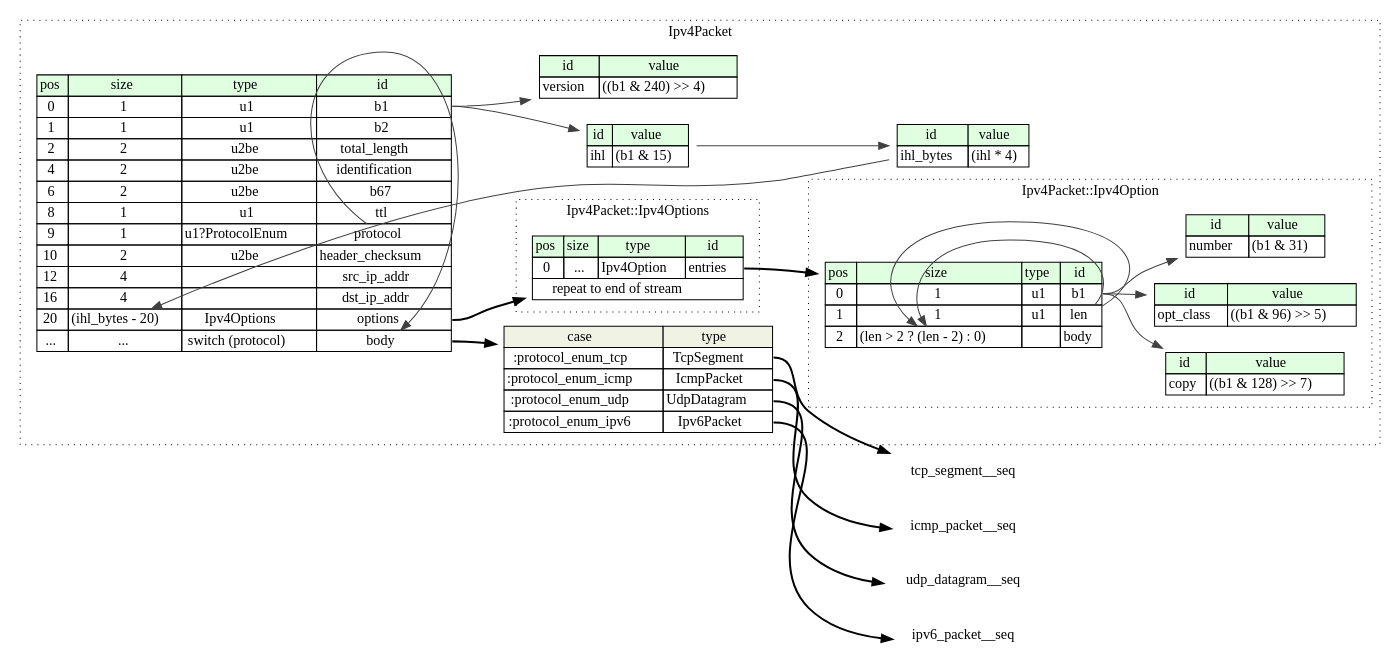
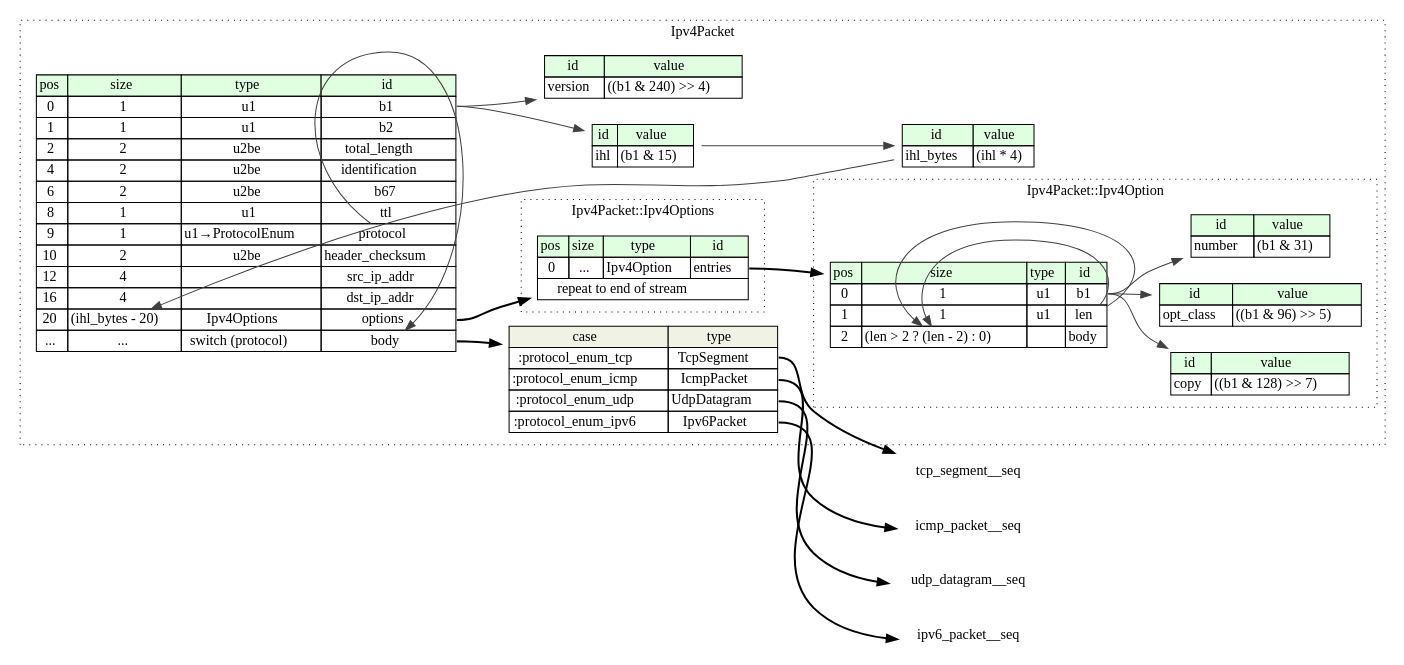
The diagram in ipv4_packet/src/graphviz/ipv4_packet.dot (kaitai-io/formats-kaitai-io.github.io), drawn with Graphviz before and after one commit. The commit also changed 262 other files, not shown here.

```diff
--- a/ipv4_packet/src/graphviz/ipv4_packet.dot
+++ b/ipv4_packet/src/graphviz/ipv4_packet.dot
@@ -1,93 +1,93 @@
 digraph {
 	rankdir=LR;
 	node [shape=plaintext];
 	subgraph cluster__ipv4_packet {
 		label="Ipv4Packet";
 		graph[style=dotted];
 
 		ipv4_packet__seq [label=<<TABLE BORDER="0" CELLBORDER="1" CELLSPACING="0">
 			<TR><TD BGCOLOR="#E0FFE0">pos</TD><TD BGCOLOR="#E0FFE0">size</TD><TD BGCOLOR="#E0FFE0">type</TD><TD BGCOLOR="#E0FFE0">id</TD></TR>
 			<TR><TD PORT="b1_pos">0</TD><TD PORT="b1_size">1</TD><TD>u1</TD><TD PORT="b1_type">b1</TD></TR>
 			<TR><TD PORT="b2_pos">1</TD><TD PORT="b2_size">1</TD><TD>u1</TD><TD PORT="b2_type">b2</TD></TR>
 			<TR><TD PORT="total_length_pos">2</TD><TD PORT="total_length_size">2</TD><TD>u2be</TD><TD PORT="total_length_type">total_length</TD></TR>
 			<TR><TD PORT="identification_pos">4</TD><TD PORT="identification_size">2</TD><TD>u2be</TD><TD PORT="identification_type">identification</TD></TR>
 			<TR><TD PORT="b67_pos">6</TD><TD PORT="b67_size">2</TD><TD>u2be</TD><TD PORT="b67_type">b67</TD></TR>
 			<TR><TD PORT="ttl_pos">8</TD><TD PORT="ttl_size">1</TD><TD>u1</TD><TD PORT="ttl_type">ttl</TD></TR>
-			<TR><TD PORT="protocol_pos">9</TD><TD PORT="protocol_size">1</TD><TD>u1?ProtocolEnum</TD><TD PORT="protocol_type">protocol</TD></TR>
+			<TR><TD PORT="protocol_pos">9</TD><TD PORT="protocol_size">1</TD><TD>u1→ProtocolEnum</TD><TD PORT="protocol_type">protocol</TD></TR>
 			<TR><TD PORT="header_checksum_pos">10</TD><TD PORT="header_checksum_size">2</TD><TD>u2be</TD><TD PORT="header_checksum_type">header_checksum</TD></TR>
 			<TR><TD PORT="src_ip_addr_pos">12</TD><TD PORT="src_ip_addr_size">4</TD><TD></TD><TD PORT="src_ip_addr_type">src_ip_addr</TD></TR>
 			<TR><TD PORT="dst_ip_addr_pos">16</TD><TD PORT="dst_ip_addr_size">4</TD><TD></TD><TD PORT="dst_ip_addr_type">dst_ip_addr</TD></TR>
 			<TR><TD PORT="options_pos">20</TD><TD PORT="options_size">(ihl_bytes - 20)</TD><TD>Ipv4Options</TD><TD PORT="options_type">options</TD></TR>
 			<TR><TD PORT="body_pos">...</TD><TD PORT="body_size">...</TD><TD>switch (protocol)</TD><TD PORT="body_type">body</TD></TR>
 		</TABLE>>];
 		ipv4_packet__inst__version [label=<<TABLE BORDER="0" CELLBORDER="1" CELLSPACING="0">
 			<TR><TD BGCOLOR="#E0FFE0">id</TD><TD BGCOLOR="#E0FFE0">value</TD></TR>
 			<TR><TD>version</TD><TD>((b1 &amp; 240) &gt;&gt; 4)</TD></TR>
 		</TABLE>>];
 		ipv4_packet__inst__ihl [label=<<TABLE BORDER="0" CELLBORDER="1" CELLSPACING="0">
 			<TR><TD BGCOLOR="#E0FFE0">id</TD><TD BGCOLOR="#E0FFE0">value</TD></TR>
 			<TR><TD>ihl</TD><TD>(b1 &amp; 15)</TD></TR>
 		</TABLE>>];
 		ipv4_packet__inst__ihl_bytes [label=<<TABLE BORDER="0" CELLBORDER="1" CELLSPACING="0">
 			<TR><TD BGCOLOR="#E0FFE0">id</TD><TD BGCOLOR="#E0FFE0">value</TD></TR>
 			<TR><TD>ihl_bytes</TD><TD>(ihl * 4)</TD></TR>
 		</TABLE>>];
 ipv4_packet__seq_body_switch [label=<<TABLE BORDER="0" CELLBORDER="1" CELLSPACING="0">
 	<TR><TD BGCOLOR="#F0F2E4">case</TD><TD BGCOLOR="#F0F2E4">type</TD></TR>
 	<TR><TD>:protocol_enum_tcp</TD><TD PORT="case0">TcpSegment</TD></TR>
 	<TR><TD>:protocol_enum_icmp</TD><TD PORT="case1">IcmpPacket</TD></TR>
 	<TR><TD>:protocol_enum_udp</TD><TD PORT="case2">UdpDatagram</TD></TR>
 	<TR><TD>:protocol_enum_ipv6</TD><TD PORT="case3">Ipv6Packet</TD></TR>
 </TABLE>>];
 		subgraph cluster__ipv4_options {
 			label="Ipv4Packet::Ipv4Options";
 			graph[style=dotted];
 
 			ipv4_options__seq [label=<<TABLE BORDER="0" CELLBORDER="1" CELLSPACING="0">
 				<TR><TD BGCOLOR="#E0FFE0">pos</TD><TD BGCOLOR="#E0FFE0">size</TD><TD BGCOLOR="#E0FFE0">type</TD><TD BGCOLOR="#E0FFE0">id</TD></TR>
 				<TR><TD PORT="entries_pos">0</TD><TD PORT="entries_size">...</TD><TD>Ipv4Option</TD><TD PORT="entries_type">entries</TD></TR>
 				<TR><TD COLSPAN="4" PORT="entries__repeat">repeat to end of stream</TD></TR>
 			</TABLE>>];
 		}
 		subgraph cluster__ipv4_option {
 			label="Ipv4Packet::Ipv4Option";
 			graph[style=dotted];
 
 			ipv4_option__seq [label=<<TABLE BORDER="0" CELLBORDER="1" CELLSPACING="0">
 				<TR><TD BGCOLOR="#E0FFE0">pos</TD><TD BGCOLOR="#E0FFE0">size</TD><TD BGCOLOR="#E0FFE0">type</TD><TD BGCOLOR="#E0FFE0">id</TD></TR>
 				<TR><TD PORT="b1_pos">0</TD><TD PORT="b1_size">1</TD><TD>u1</TD><TD PORT="b1_type">b1</TD></TR>
 				<TR><TD PORT="len_pos">1</TD><TD PORT="len_size">1</TD><TD>u1</TD><TD PORT="len_type">len</TD></TR>
 				<TR><TD PORT="body_pos">2</TD><TD PORT="body_size">(len &gt; 2 ? (len - 2) : 0)</TD><TD></TD><TD PORT="body_type">body</TD></TR>
 			</TABLE>>];
 			ipv4_option__inst__copy [label=<<TABLE BORDER="0" CELLBORDER="1" CELLSPACING="0">
 				<TR><TD BGCOLOR="#E0FFE0">id</TD><TD BGCOLOR="#E0FFE0">value</TD></TR>
 				<TR><TD>copy</TD><TD>((b1 &amp; 128) &gt;&gt; 7)</TD></TR>
 			</TABLE>>];
 			ipv4_option__inst__opt_class [label=<<TABLE BORDER="0" CELLBORDER="1" CELLSPACING="0">
 				<TR><TD BGCOLOR="#E0FFE0">id</TD><TD BGCOLOR="#E0FFE0">value</TD></TR>
 				<TR><TD>opt_class</TD><TD>((b1 &amp; 96) &gt;&gt; 5)</TD></TR>
 			</TABLE>>];
 			ipv4_option__inst__number [label=<<TABLE BORDER="0" CELLBORDER="1" CELLSPACING="0">
 				<TR><TD BGCOLOR="#E0FFE0">id</TD><TD BGCOLOR="#E0FFE0">value</TD></TR>
 				<TR><TD>number</TD><TD>(b1 &amp; 31)</TD></TR>
 			</TABLE>>];
 		}
 	}
 	ipv4_packet__inst__ihl_bytes:ihl_bytes_type -> ipv4_packet__seq:options_size [color="#404040"];
 	ipv4_packet__seq:options_type -> ipv4_options__seq [style=bold];
 	ipv4_packet__seq:body_type -> ipv4_packet__seq_body_switch [style=bold];
 	ipv4_packet__seq_body_switch:case0 -> tcp_segment__seq [style=bold];
 	ipv4_packet__seq_body_switch:case1 -> icmp_packet__seq [style=bold];
 	ipv4_packet__seq_body_switch:case2 -> udp_datagram__seq [style=bold];
 	ipv4_packet__seq_body_switch:case3 -> ipv6_packet__seq [style=bold];
 	ipv4_packet__seq:protocol_type -> ipv4_packet__seq:body_type [color="#404040"];
 	ipv4_packet__seq:b1_type -> ipv4_packet__inst__version [color="#404040"];
 	ipv4_packet__seq:b1_type -> ipv4_packet__inst__ihl [color="#404040"];
 	ipv4_packet__inst__ihl:ihl_type -> ipv4_packet__inst__ihl_bytes [color="#404040"];
 	ipv4_options__seq:entries_type -> ipv4_option__seq [style=bold];
 	ipv4_option__seq:len_type -> ipv4_option__seq:body_size [color="#404040"];
 	ipv4_option__seq:len_type -> ipv4_option__seq:body_size [color="#404040"];
 	ipv4_option__seq:b1_type -> ipv4_option__inst__copy [color="#404040"];
 	ipv4_option__seq:b1_type -> ipv4_option__inst__opt_class [color="#404040"];
 	ipv4_option__seq:b1_type -> ipv4_option__inst__number [color="#404040"];
 }
```
